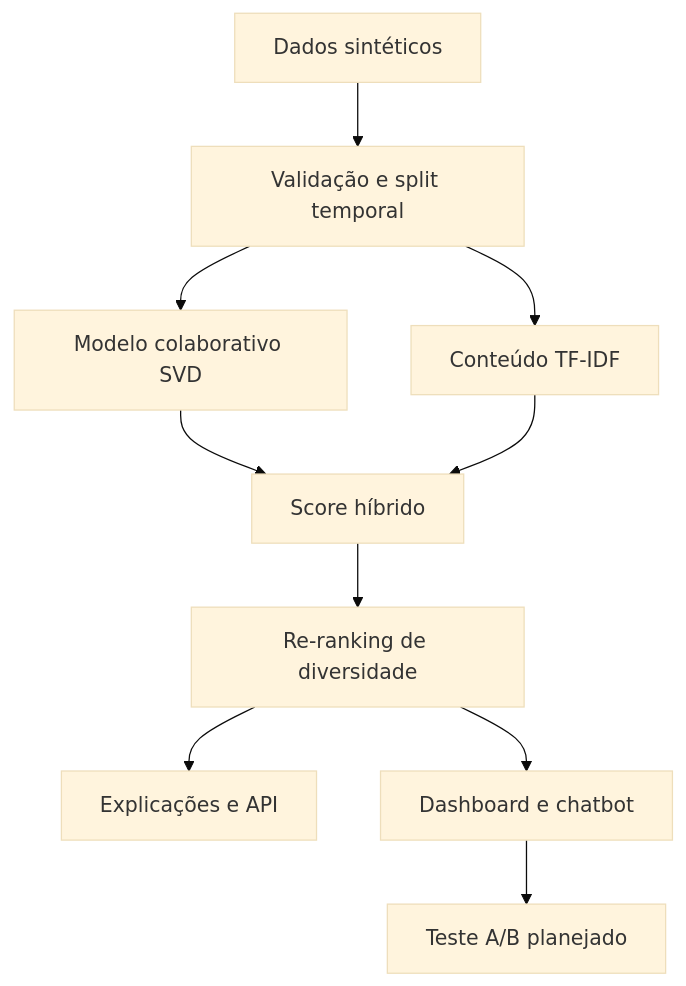
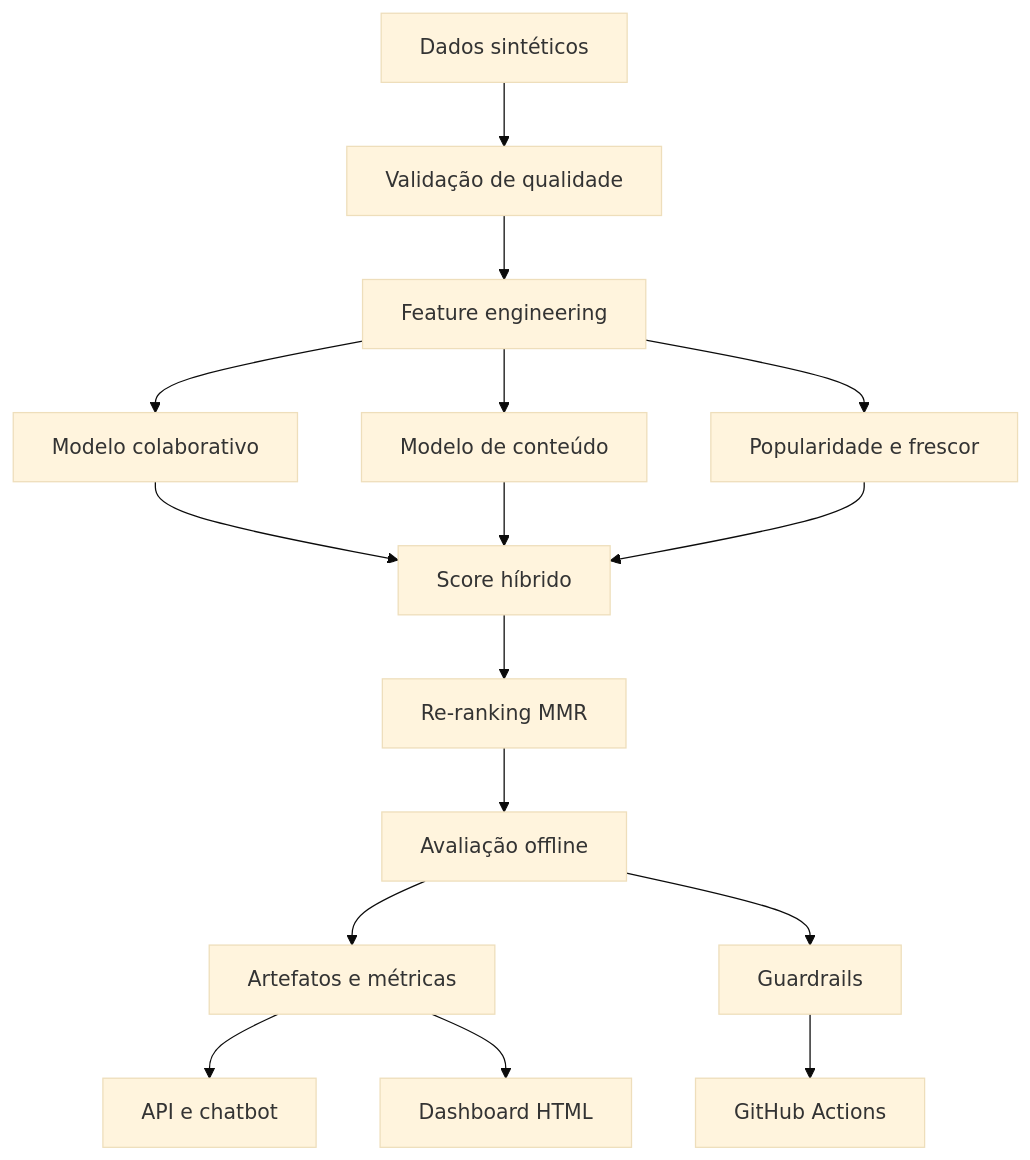
Before and after one commit to WeegorMartins/vibeplay-recommendation-intelligence: the diagram in README.md, drawn with Mermaid (base theme). The commit also changed other lines of this file, not shown here.

````diff
--- a/README.md
+++ b/README.md
@@ -29,12 +129,18 @@
 ```mermaid
 flowchart TD
-    A[Dados sintéticos] --> B[Validação e split temporal]
-    B --> C[Modelo colaborativo SVD]
-    B --> D[Conteúdo TF-IDF]
-    C --> E[Score híbrido]
-    D --> E
-    E --> F[Re-ranking de diversidade]
-    F --> G[Explicações e API]
-    F --> H[Dashboard e chatbot]
-    H --> I[Teste A/B planejado]
+    A["Dados sintéticos"] --> B["Validação de qualidade"]
+    B --> C["Feature engineering"]
+    C --> D["Modelo colaborativo"]
+    C --> E["Modelo de conteúdo"]
+    C --> F["Popularidade e frescor"]
+    D --> G["Score híbrido"]
+    E --> G
+    F --> G
+    G --> H["Re-ranking MMR"]
+    H --> I["Avaliação offline"]
+    I --> J["Artefatos e métricas"]
+    J --> K["API e chatbot"]
+    J --> L["Dashboard HTML"]
+    I --> M["Guardrails"]
+    M --> N["GitHub Actions"]
 ```
````
